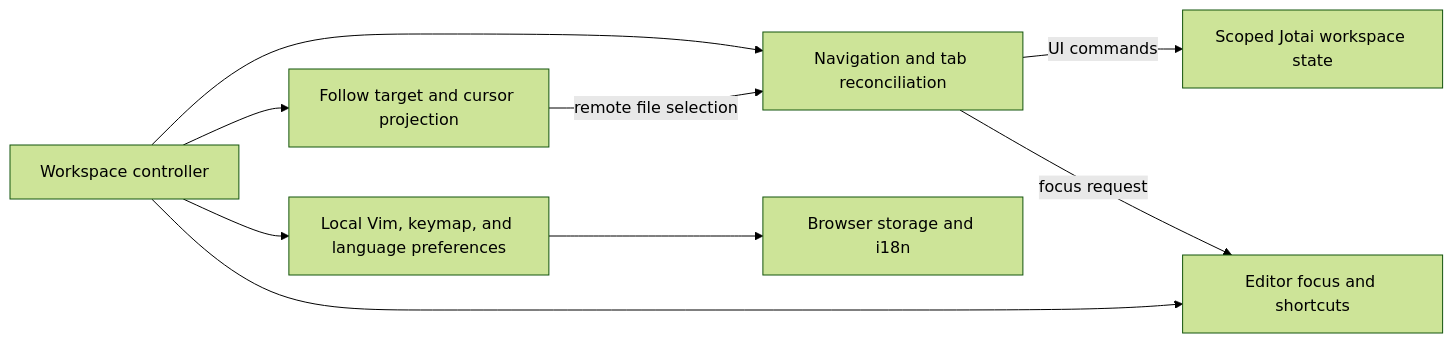
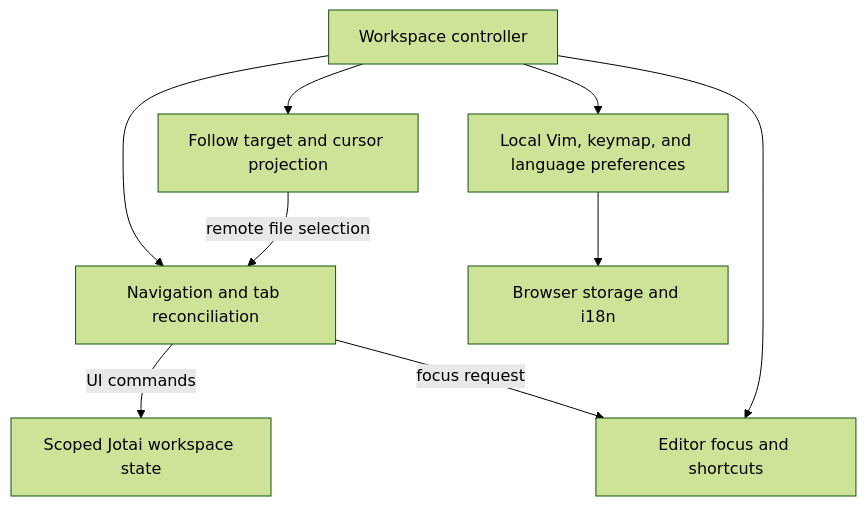
One commit to BBboy01/Tsugite changed the second of 7 diagrams in docs/architecture.md. Above: the diagram before and after it, drawn with Mermaid (forest theme). The commit also changed other lines of this file and 11 other files, not shown here.

First line of the commit message:
docs: refresh current architecture and development guides

````diff
--- a/docs/architecture.md
+++ b/docs/architecture.md
@@ -160,11 +141,11 @@
 ```mermaid
-flowchart LR
+flowchart TB
   Controller["Workspace controller"] --> Navigation["Navigation and tab reconciliation"]
   Controller --> Follow["Follow target and cursor projection"]
   Controller --> Preferences["Local Vim, keymap, and language preferences"]
   Controller --> Focus["Editor focus and shortcuts"]
   Follow -->|remote file selection| Navigation
   Navigation -->|UI commands| State["Scoped Jotai workspace state"]
   Navigation -->|focus request| Focus
   Preferences --> Local["Browser storage and i18n"]
 ```
````
